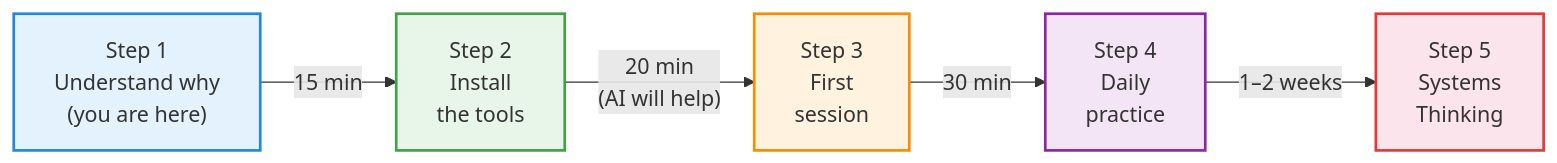
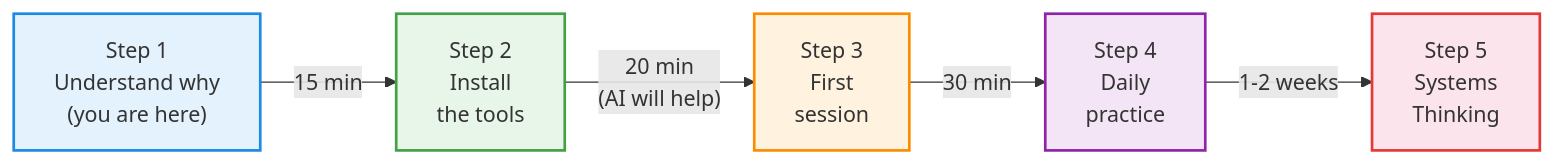
Before and after one commit to iwesys/IWE: the first of 3 diagrams in docs/onboarding/onboarding-guide.md, drawn with Mermaid. The commit also changed other lines of this file and 3 other files, not shown here.

````diff
--- a/docs/onboarding/onboarding-guide.md
+++ b/docs/onboarding/onboarding-guide.md
@@ -56,19 +56,19 @@
 ```mermaid
 graph LR
     S1["Step 1\nUnderstand why\n(you are here)"]
     S2["Step 2\nInstall\nthe tools"]
     S3["Step 3\nFirst\nsession"]
     S4["Step 4\nDaily\npractice"]
     S5["Step 5\nSystems\nThinking"]
 
     S1 -->|"15 min"| S2
     S2 -->|"20 min\n(AI will help)"| S3
     S3 -->|"30 min"| S4
-    S4 -->|"1–2 weeks"| S5
+    S4 -->|"1-2 weeks"| S5
 
     style S1 fill:#e3f2fd,stroke:#1e88e5,stroke-width:2px
     style S2 fill:#e8f5e9,stroke:#43a047,stroke-width:2px
     style S3 fill:#fff3e0,stroke:#fb8c00,stroke-width:2px
     style S4 fill:#f3e5f5,stroke:#8e24aa,stroke-width:2px
     style S5 fill:#fce4ec,stroke:#e53935,stroke-width:2px
 ```
````
